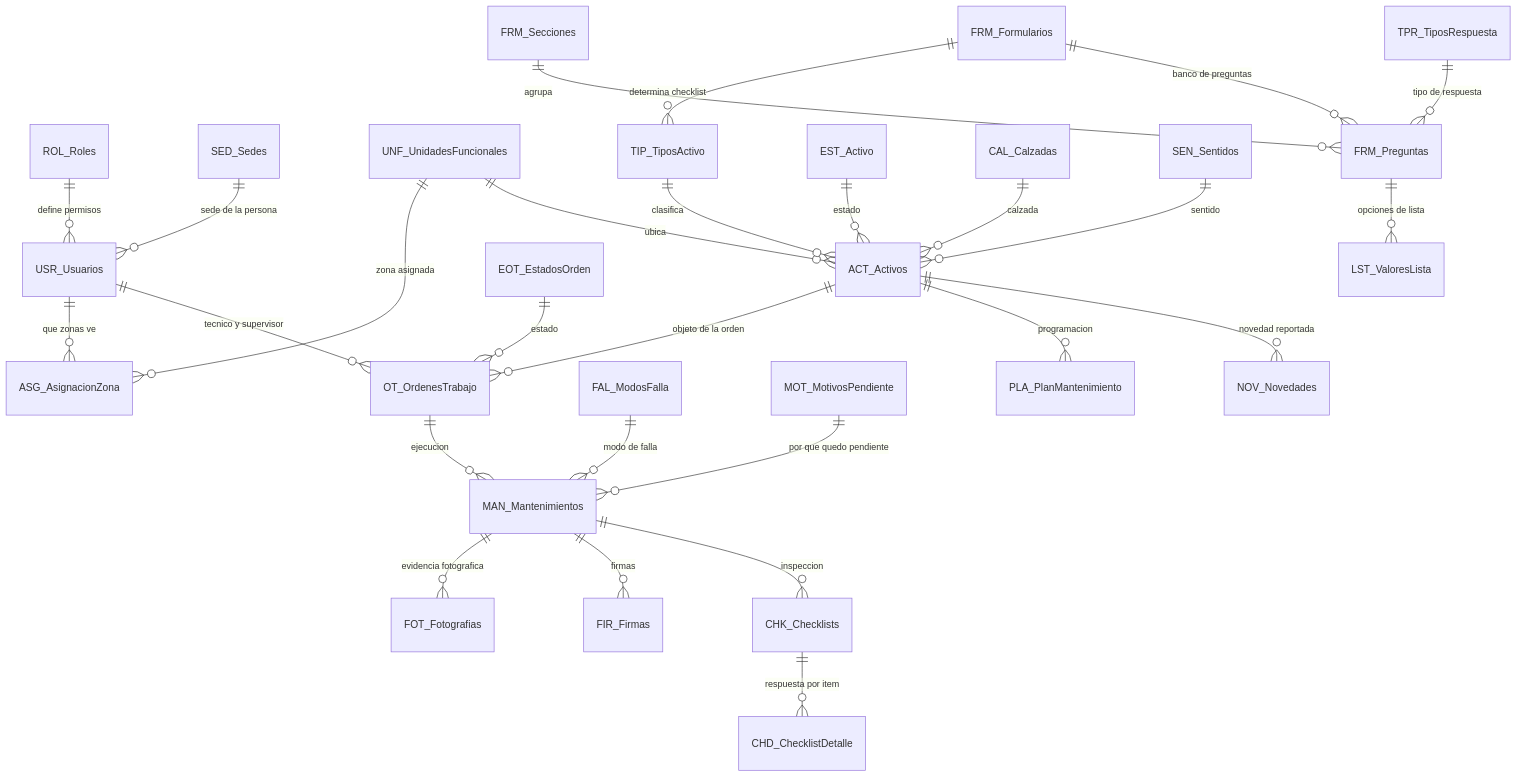
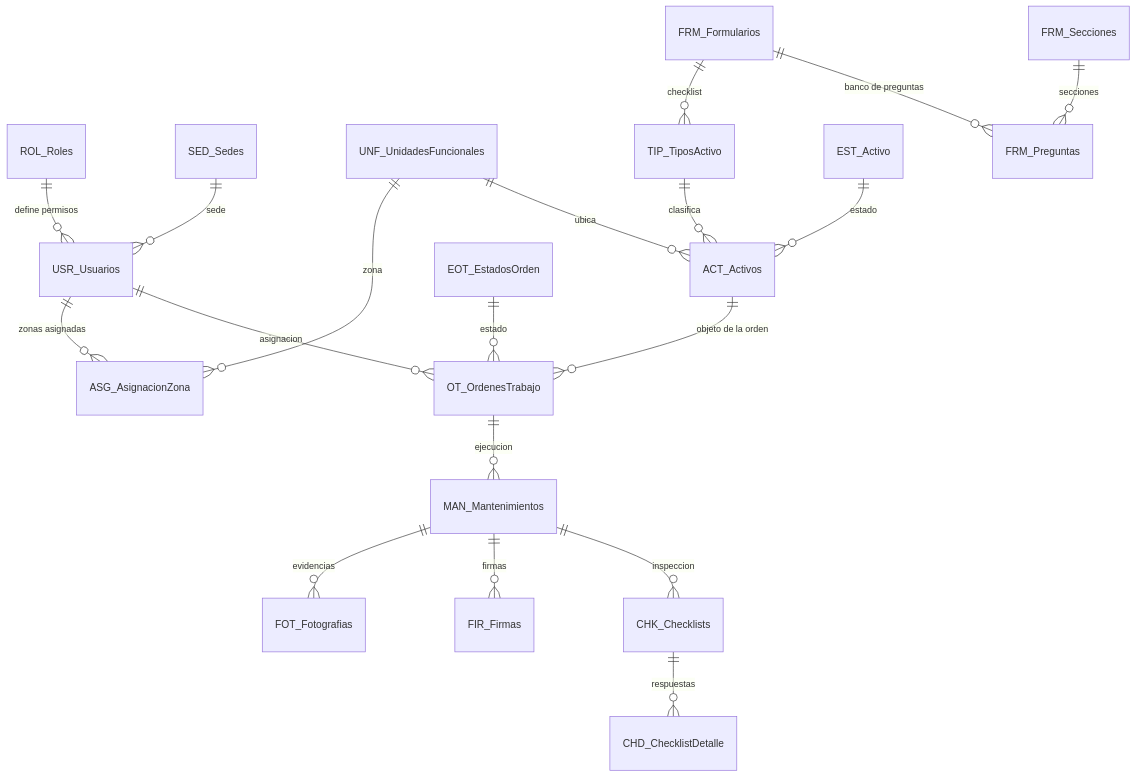
Before and after one commit to dieleoz/SGMC: the second of 2 diagrams in README.md, drawn with Mermaid. The commit also changed other lines of this file and 10 other files, not shown here.

````diff
--- a/README.md
+++ b/README.md
@@ -147,34 +93,25 @@
 ```mermaid
 erDiagram
     ROL_Roles ||--o{ USR_Usuarios : "define permisos"
-    SED_Sedes ||--o{ USR_Usuarios : "sede de la persona"
-    USR_Usuarios ||--o{ ASG_AsignacionZona : "que zonas ve"
-    UNF_UnidadesFuncionales ||--o{ ASG_AsignacionZona : "zona asignada"
+    SED_Sedes ||--o{ USR_Usuarios : "sede"
+    USR_Usuarios ||--o{ ASG_AsignacionZona : "zonas asignadas"
+    UNF_UnidadesFuncionales ||--o{ ASG_AsignacionZona : "zona"
 
     UNF_UnidadesFuncionales ||--o{ ACT_Activos : "ubica"
     TIP_TiposActivo ||--o{ ACT_Activos : "clasifica"
-    FRM_Formularios ||--o{ TIP_TiposActivo : "determina checklist"
+    FRM_Formularios ||--o{ TIP_TiposActivo : "checklist"
     EST_Activo ||--o{ ACT_Activos : "estado"
-    CAL_Calzadas ||--o{ ACT_Activos : "calzada"
-    SEN_Sentidos ||--o{ ACT_Activos : "sentido"
 
     ACT_Activos ||--o{ OT_OrdenesTrabajo : "objeto de la orden"
-    USR_Usuarios ||--o{ OT_OrdenesTrabajo : "tecnico y supervisor"
+    USR_Usuarios ||--o{ OT_OrdenesTrabajo : "asignacion"
     EOT_EstadosOrden ||--o{ OT_OrdenesTrabajo : "estado"
     OT_OrdenesTrabajo ||--o{ MAN_Mantenimientos : "ejecucion"
-    FAL_ModosFalla ||--o{ MAN_Mantenimientos : "modo de falla"
-    MOT_MotivosPendiente ||--o{ MAN_Mantenimientos : "por que quedo pendiente"
 
-    MAN_Mantenimientos ||--o{ FOT_Fotografias : "evidencia fotografica"
+    MAN_Mantenimientos ||--o{ FOT_Fotografias : "evidencias"
     MAN_Mantenimientos ||--o{ FIR_Firmas : "firmas"
     MAN_Mantenimientos ||--o{ CHK_Checklists : "inspeccion"
-    CHK_Checklists ||--o{ CHD_ChecklistDetalle : "respuesta por item"
-
-    ACT_Activos ||--o{ PLA_PlanMantenimiento : "programacion"
-    ACT_Activos ||--o{ NOV_Novedades : "novedad reportada"
+    CHK_Checklists ||--o{ CHD_ChecklistDetalle : "respuestas"
 
     FRM_Formularios ||--o{ FRM_Preguntas : "banco de preguntas"
-    FRM_Secciones ||--o{ FRM_Preguntas : "agrupa"
-    TPR_TiposRespuesta ||--o{ FRM_Preguntas : "tipo de respuesta"
-    FRM_Preguntas ||--o{ LST_ValoresLista : "opciones de lista"
+    FRM_Secciones ||--o{ FRM_Preguntas : "secciones"
 ```
````
